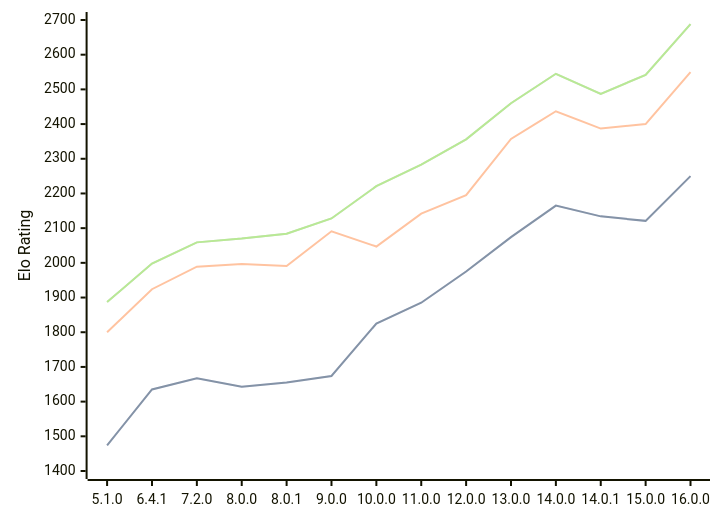
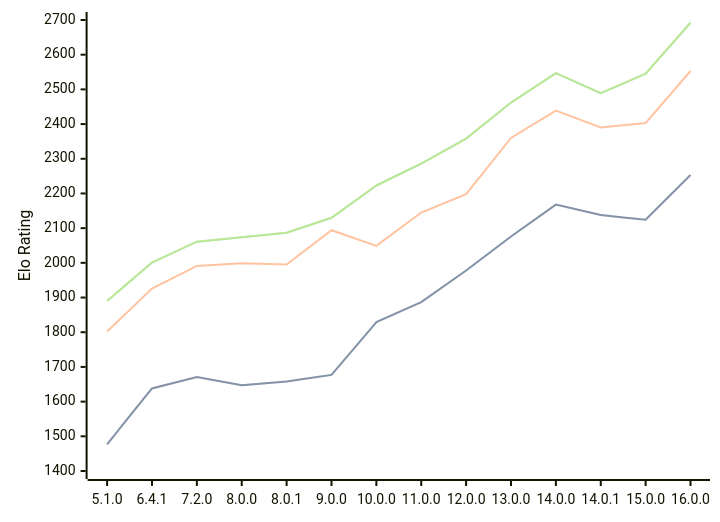
The diagram in engines/Cepimetheus.md (computer-chess-index/cci), drawn with Mermaid before and after one commit. The commit also changed other lines of this file, not shown here.

Commit message:
Update CCI Ratings (ELO VLTC) - 2026-09-24

````diff
--- a/engines/Cepimetheus.md
+++ b/engines/Cepimetheus.md
@@ -67,11 +67,11 @@
 ```mermaid
 %%{init: {"theme":"base","themeVariables":{"seriesColors:['#a3a3a3','#222221','#faa371']}}}%%
 xychart-beta
   x-axis ["5.1.0", "6.4.1", "7.2.0", "8.0.0", "8.0.1", "9.0.0", "10.0.0", "11.0.0", "12.0.0", "13.0.0", "14.0.0", "14.0.1", "15.0.0", "16.0.0"]
   y-axis "Elo Rating" 1400 --> 2700
-  line "" [1474, 1635, 1667, 1643, 1655, 1674, 1825, 1885, 1975, 2074, 2165, 2134, 2121, 2250]
-  line "STC (8.0+0.08s)" [1474, 1635, 1667, 1643, 1655, 1674, 1825, 1885, 1975, 2074, 2165, 2134, 2121, 2250]
-  line "LTC (60.0+0.60s)" [1800, 1924, 1989, 1997, 1991, 2091, 2047, 2142, 2195, 2357, 2437, 2387, 2400, 2550]
-  line "" [1887, 1998, 2059, 2070, 2084, 2128, 2221, 2283, 2356, 2460, 2545, 2487, 2542, 2688]
-  line "VLTC (2m24s+1.12s)" [1887, 1998, 2059, 2070, 2084, 2128, 2221, 2283, 2356, 2460, 2545, 2487, 2542, 2688]
+  line "" [1477, 1638, 1671, 1647, 1658, 1677, 1829, 1887, 1978, 2076, 2168, 2138, 2124, 2253]
+  line "STC (8.0+0.08s)" [1477, 1638, 1671, 1647, 1658, 1677, 1829, 1887, 1978, 2076, 2168, 2138, 2124, 2253]
+  line "LTC (60.0+0.60s)" [1802, 1926, 1991, 1999, 1995, 2094, 2049, 2145, 2198, 2360, 2439, 2390, 2403, 2553]
+  line "" [1890, 2001, 2061, 2074, 2087, 2130, 2223, 2286, 2358, 2462, 2547, 2489, 2545, 2692]
+  line "VLTC (2m24s+1.12s)" [1890, 2001, 2061, 2074, 2087, 2130, 2223, 2286, 2358, 2462, 2547, 2489, 2545, 2692]
 ```
````
